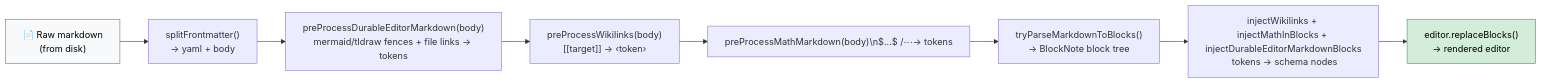
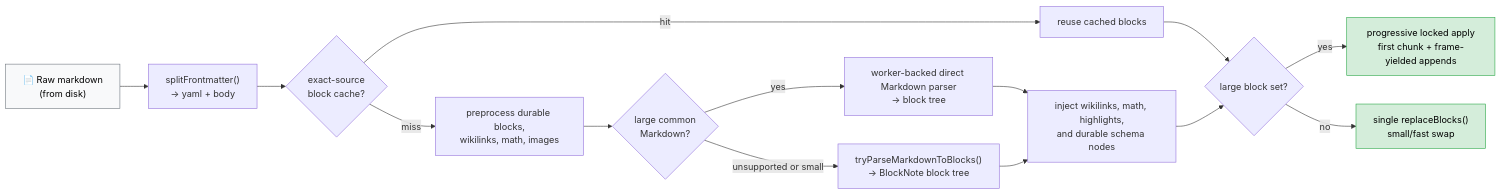
The second of 3 diagrams in docs/ABSTRACTIONS.md (aimeritething/Fuwa), drawn with Mermaid before and after one commit. The commit also changed other lines of this file and 49 other files, not shown here.

````diff
--- a/docs/ABSTRACTIONS.md
+++ b/docs/ABSTRACTIONS.md
@@ -696,13 +710,20 @@
 ```mermaid
 flowchart LR
     A["📄 Raw markdown\n(from disk)"] --> B["splitFrontmatter()\n→ yaml + body"]
-    B --> C["preProcessDurableEditorMarkdown(body)\nmermaid/tldraw fences + file links → tokens"]
-    C --> D["preProcessWikilinks(body)\n[[target]] → ‹token›"]
-    D --> E["preProcessMathMarkdown(body)\n$...$ / $$...$$ → tokens"]
-    E --> F["tryParseMarkdownToBlocks()\n→ BlockNote block tree"]
-    F --> G["injectWikilinks + injectMathInBlocks + injectDurableEditorMarkdownBlocks\n tokens → schema nodes"]
-    G --> H["editor.replaceBlocks()\n→ rendered editor"]
+    B --> C{"exact-source\nblock cache?"}
+    C -->|"hit"| D["reuse cached blocks"]
+    C -->|"miss"| E["preprocess durable blocks,\nwikilinks, math, images"]
+    E --> F{"large common\nMarkdown?"}
+    F -->|"yes"| G["worker-backed direct Markdown parser\n→ block tree"]
+    F -->|"unsupported or small"| H["tryParseMarkdownToBlocks()\n→ BlockNote block tree"]
+    G --> I["inject wikilinks, math, highlights,\nand durable schema nodes"]
+    H --> I
+    D --> J{"large block set?"}
+    I --> J
+    J -->|"yes"| K["progressive locked apply\nfirst chunk + frame-yielded appends"]
+    J -->|"no"| L["single replaceBlocks()\nsmall/fast swap"]
 
     style A fill:#f8f9fa,stroke:#6c757d,color:#000
-    style H fill:#d4edda,stroke:#28a745,color:#000
+    style K fill:#d4edda,stroke:#28a745,color:#000
+    style L fill:#d4edda,stroke:#28a745,color:#000
 ```
````
